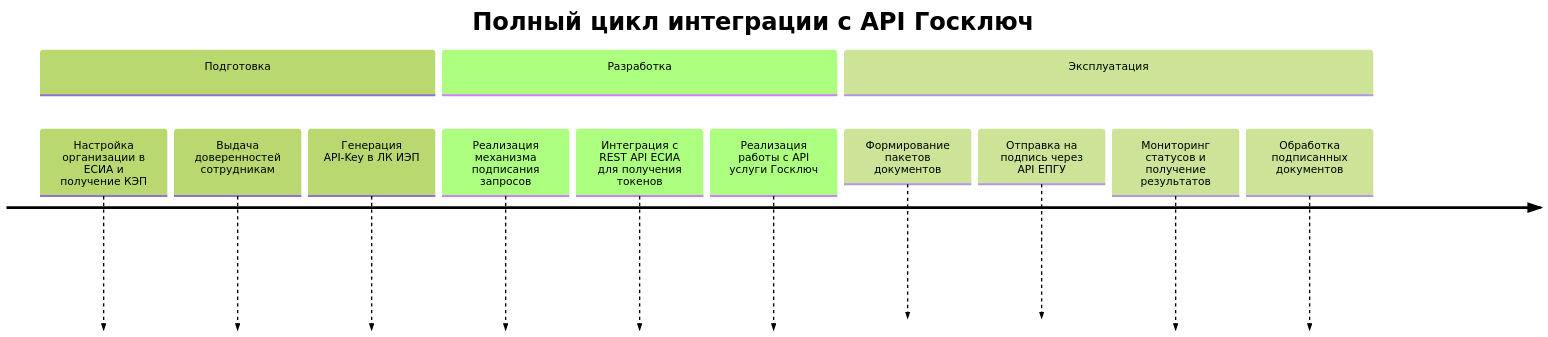
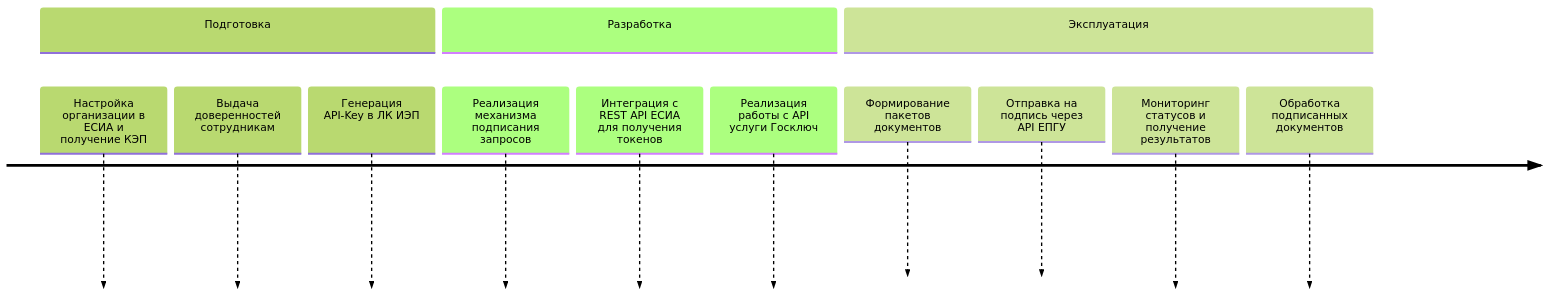
Before and after one commit to iMironRU/framework.univercon.aplicon.ru: the first of 2 diagrams in docs/about/api/ExtAPI/GosKeyAPI/index.md, drawn with Mermaid (forest theme). The commit also changed other lines of this file and 3 other files, not shown here.

````diff
--- a/docs/about/api/ExtAPI/GosKeyAPI/index.md
+++ b/docs/about/api/ExtAPI/GosKeyAPI/index.md
@@ -4,17 +5,17 @@
 ```mermaid
 timeline
-    title Полный цикл интеграции с API Госключ
+    # title Полный цикл интеграции с API Госключ
     section Подготовка
         Настройка организации в ЕСИА и получение КЭП
         Выдача доверенностей сотрудникам
         Генерация API-Key в ЛК ИЭП
     section Разработка
         Реализация механизма подписания запросов
         Интеграция с REST API ЕСИА для получения токенов
         Реализация работы с API услуги Госключ
     section Эксплуатация
         Формирование пакетов документов
         Отправка на подпись через API ЕПГУ
         Мониторинг статусов и получение результатов
         Обработка подписанных документов
 ```
````
